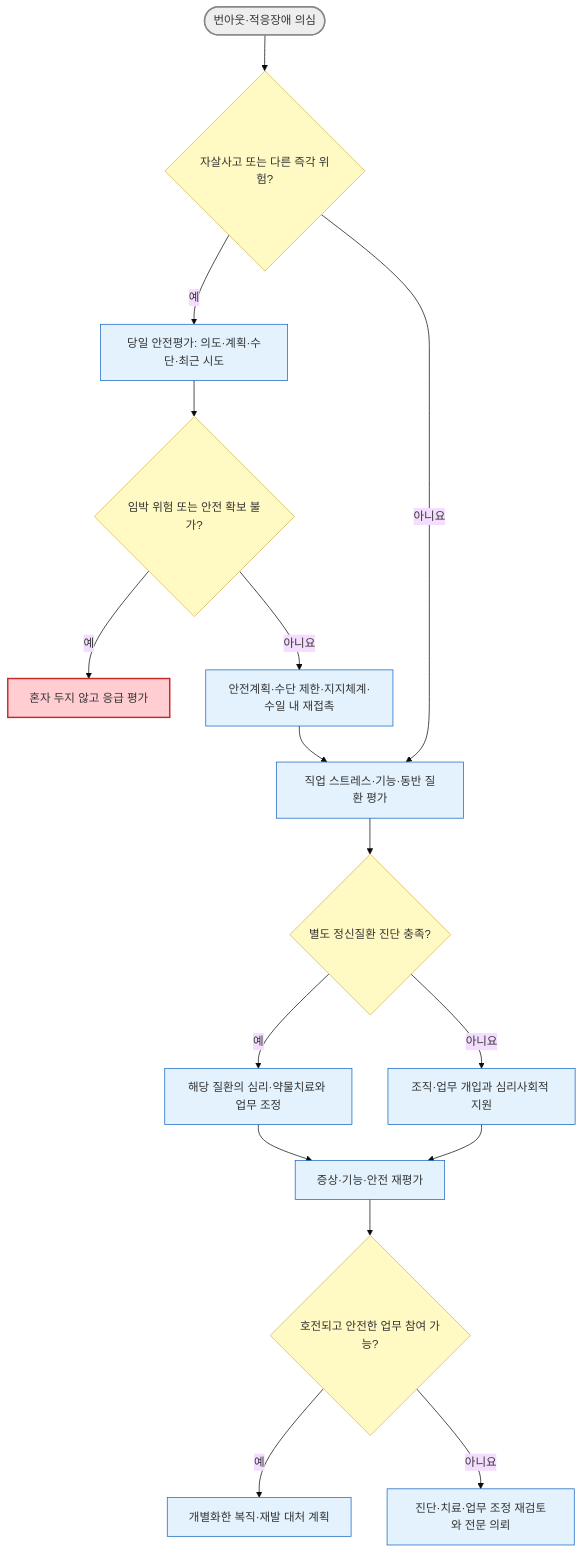
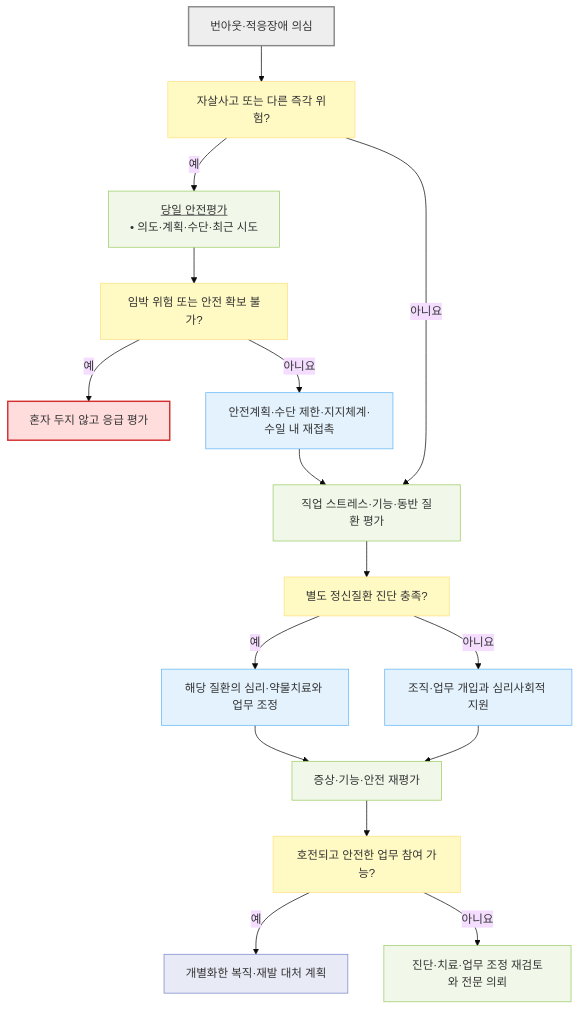
Before and after one commit to familyoh77/familyoh77: the diagram in 221_/032_1-burnout-stress-disorder.md, drawn with Mermaid (base theme). The commit also changed 17 other files, not shown here.

````diff
--- a/221_/032_1-burnout-stress-disorder.md
+++ b/221_/032_1-burnout-stress-disorder.md
@@ -251,26 +251,31 @@
 ```mermaid
 flowchart TD
-    A(["번아웃·적응장애 의심"]) --> B{"자살사고 또는 다른 즉각 위험?"}
-    B -- "예" --> C["당일 안전평가: 의도·계획·수단·최근 시도"]
-    C --> Q{"임박 위험 또는 안전 확보 불가?"}
+    A["번아웃·적응장애 의심"] --> B["자살사고 또는 다른 즉각 위험?"]
+    B -- "예" --> C["<u>당일 안전평가</u><br/>• 의도·계획·수단·최근 시도"]
+    C --> Q["임박 위험 또는 안전 확보 불가?"]
     Q -- "예" --> E["혼자 두지 않고 응급 평가"]
     Q -- "아니요" --> S["안전계획·수단 제한·지지체계·수일 내 재접촉"]
     B -- "아니요" --> D["직업 스트레스·기능·동반 질환 평가"]
     S --> D
-    D --> F{"별도 정신질환 진단 충족?"}
+    D --> F["별도 정신질환 진단 충족?"]
     F -- "예" --> T["해당 질환의 심리·약물치료와 업무 조정"]
     F -- "아니요" --> G["조직·업무 개입과 심리사회적 지원"]
     T --> H["증상·기능·안전 재평가"]
     G --> H
-    H --> R{"호전되고 안전한 업무 참여 가능?"}
+    H --> R["호전되고 안전한 업무 참여 가능?"]
     R -- "예" --> W["개별화한 복직·재발 대처 계획"]
     R -- "아니요" --> I["진단·치료·업무 조정 재검토와 전문 의뢰"]
-    classDef start fill:#eee,stroke:#888,stroke-width:2px
-    classDef decision fill:#fff9c4,stroke:#d6b656
-    classDef emergency fill:#ffcdd2,stroke:#c62828,stroke-width:2px
-    classDef treatment fill:#e3f2fd,stroke:#1565c0
+
+    classDef start fill:#eeeeee,stroke:#888888,stroke-width:2px
+    classDef question fill:#fff9c4,stroke:#ffe082
+    classDef emergency fill:#ffdddd,stroke:#d32f2f,stroke-width:2px
+    classDef evaluation fill:#f1f8e9,stroke:#9ccc65
+    classDef treatment fill:#e3f2fd,stroke:#64b5f6
+    classDef followup fill:#e8eaf6,stroke:#7986cb
     class A start
-    class B,Q,F,R decision
+    class B,Q,F,R question
     class E emergency
-    class C,S,D,T,G,H,W,I treatment
+    class C,D,H,I evaluation
+    class S,T,G treatment
+    class W followup
 ```
````
